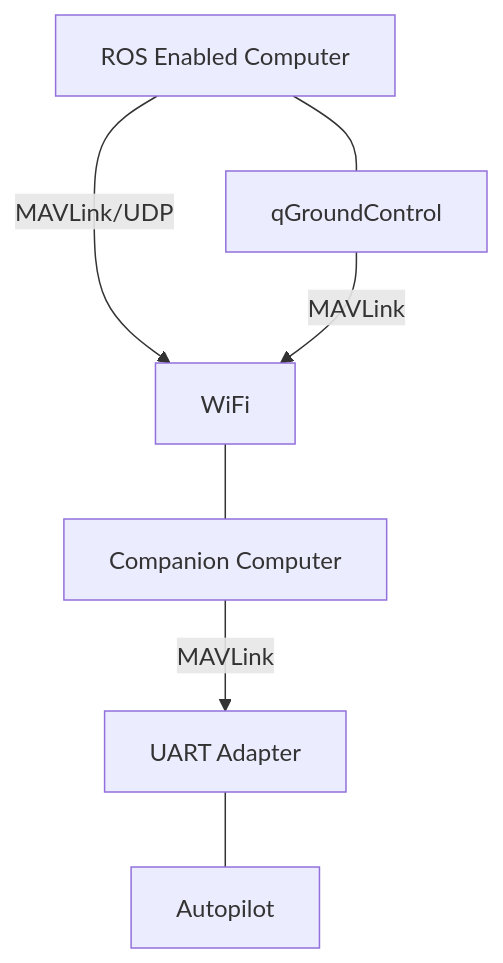
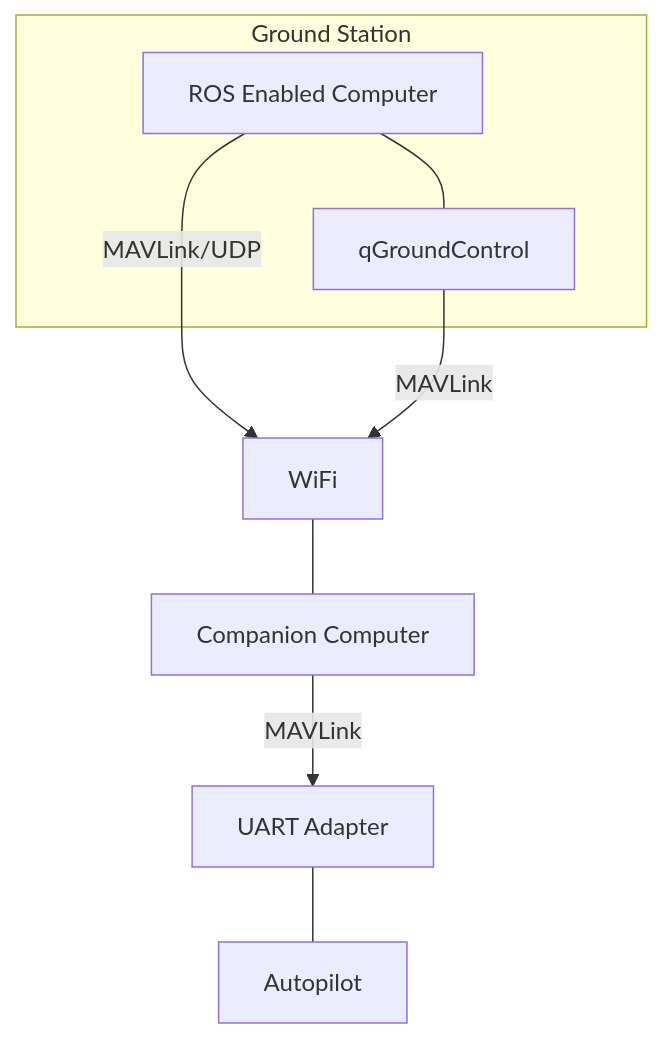
One commit to yxftju/PX4Devguide changed the third of 3 diagrams in offboard-control.md. Above: the diagram before and after it, drawn with Mermaid.

Commit message:
Updates offboard-control.md
Auto commit by GitBook Editor

```diff
--- a/offboard-control.md
+++ b/offboard-control.md
@@ -62,9 +62,11 @@
 {% mermaid %}
  graph TD;
+ subgraph Ground Station
    gnd[ROS Enabled Computer] --- qgc[qGroundControl];
+ end;
   gnd --MAVLink/UDP--> w[WiFi];
   qgc --MAVLink--> w;
   comp[Companion Computer] --MAVLink--> uart[UART Adapter];
   uart --- Autopilot;
   w --- comp;
 {% endmermaid %}
```
